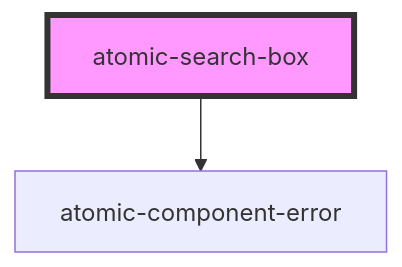
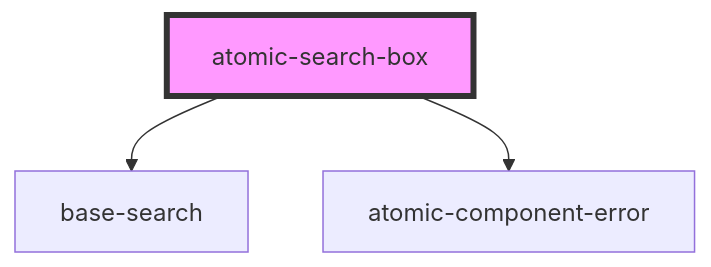
The diagram in packages/atomic/src/components/atomic-search-box/readme.md (coveo/ui-kit), drawn with Mermaid before and after one commit. The commit also changed other lines of this file and 15 other files, not shown here.

````diff
--- a/packages/atomic/src/components/atomic-search-box/readme.md
+++ b/packages/atomic/src/components/atomic-search-box/readme.md
@@ -45,5 +46,6 @@
 ```mermaid
 graph TD;
+  atomic-search-box --> base-search
   atomic-search-box --> atomic-component-error
   style atomic-search-box fill:#f9f,stroke:#333,stroke-width:4px
 ```
````
